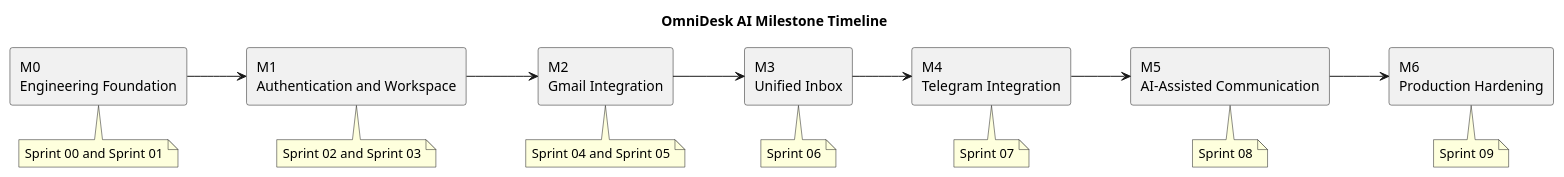
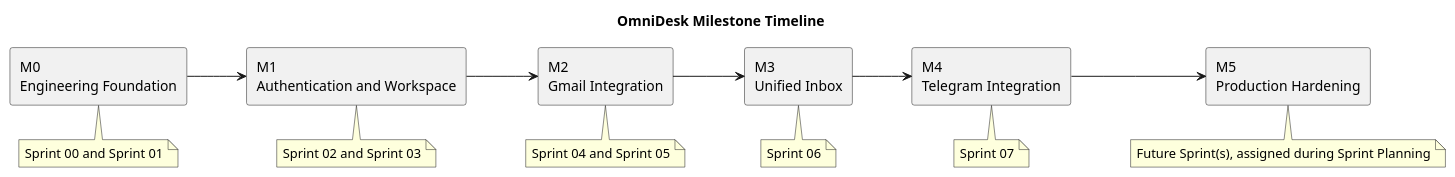
Before and after one commit to Farhad-Valizadegan/Web-OmniDesk: the diagram in docs/Project-Management/diagrams/milestone-timeline.puml, drawn with PlantUML. The commit also changed 177 other files, not shown here.

Commit message:
Prepare OmniDesk MVP and secure per-user integrations

```diff
--- a/docs/Project-Management/diagrams/milestone-timeline.puml
+++ b/docs/Project-Management/diagrams/milestone-timeline.puml
@@ -1,50 +1,44 @@
 @startuml
-title OmniDesk AI Milestone Timeline
+title OmniDesk Milestone Timeline
 
 left to right direction
 skinparam componentStyle rectangle
 
 rectangle "M0\nEngineering Foundation" as M0
 rectangle "M1\nAuthentication and Workspace" as M1
 rectangle "M2\nGmail Integration" as M2
 rectangle "M3\nUnified Inbox" as M3
 rectangle "M4\nTelegram Integration" as M4
-rectangle "M5\nAI-Assisted Communication" as M5
-rectangle "M6\nProduction Hardening" as M6
+rectangle "M5\nProduction Hardening" as M5
 
 M0 --> M1
 M1 --> M2
 M2 --> M3
 M3 --> M4
 M4 --> M5
-M5 --> M6
 
 note bottom of M0
 Sprint 00 and Sprint 01
 end note
 
 note bottom of M1
 Sprint 02 and Sprint 03
 end note
 
 note bottom of M2
 Sprint 04 and Sprint 05
 end note
 
 note bottom of M3
 Sprint 06
 end note
 
 note bottom of M4
 Sprint 07
 end note
 
 note bottom of M5
-Sprint 08
-end note
-
-note bottom of M6
-Sprint 09
+Future Sprint(s), assigned during Sprint Planning
 end note
 
 @enduml
```
